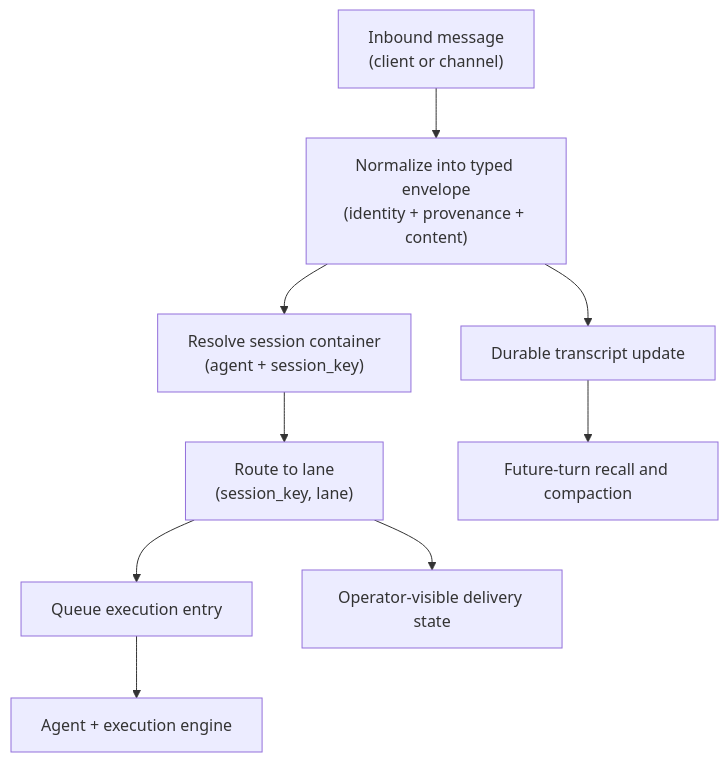
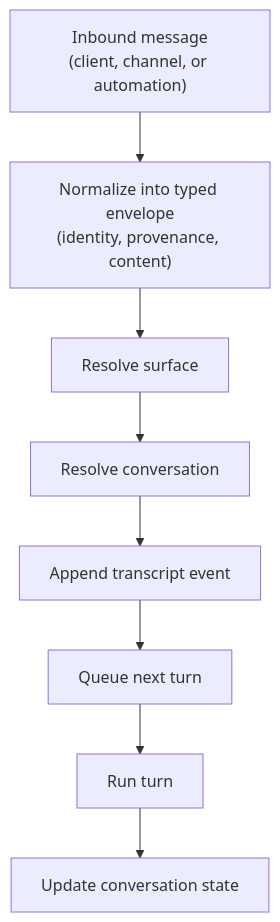
The diagram in docs/architecture/agent/messages/index.md (tyrumai/tyrum), drawn with Mermaid before and after one commit. The commit also changed other lines of this file and 56 other files, not shown here.

Commit message:
docs: rewrite architecture around conversations and turns (#1829)

````diff
--- a/docs/architecture/agent/messages/index.md
+++ b/docs/architecture/agent/messages/index.md
@@ -15,12 +15,10 @@
 ```mermaid
 flowchart TB
-  Inbound["Inbound message<br/>(client or channel)"] --> Normalize["Normalize into typed envelope<br/>(identity + provenance + content)"]
-  Normalize --> Session["Resolve session container<br/>(agent + session_key)"]
-  Session --> Lane["Route to lane<br/>(session_key, lane)"]
-  Lane --> Queue["Queue execution entry"]
-  Queue --> Exec["Agent + execution engine"]
-
-  Normalize --> Transcript["Durable transcript update"]
-  Lane --> Delivery["Operator-visible delivery state"]
-  Transcript --> Recall["Future-turn recall and compaction"]
+  Inbound["Inbound message<br/>(client, channel, or automation)"] --> Normalize["Normalize into typed envelope<br/>(identity, provenance, content)"]
+  Normalize --> Surface["Resolve surface"]
+  Surface --> Conversation["Resolve conversation"]
+  Conversation --> Transcript["Append transcript event"]
+  Transcript --> Queue["Queue next turn"]
+  Queue --> Turn["Run turn"]
+  Turn --> State["Update conversation state"]
 ```
````
